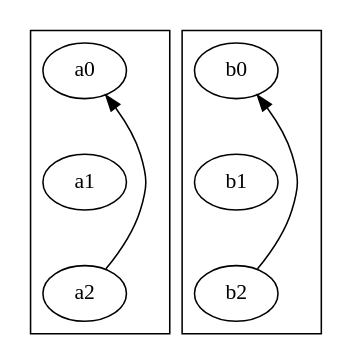
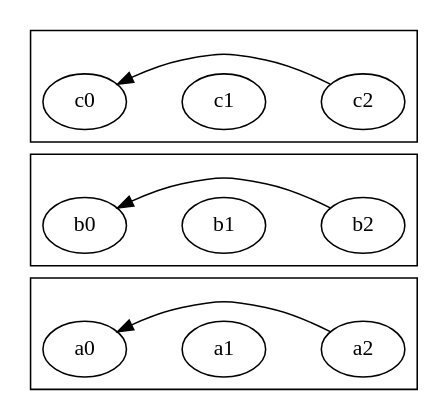
The seventh of 7 diagrams in other/graphviz.md (sisyphus1212/note), drawn with Graphviz before and after one commit.

Commit message:
auto_update

````diff
--- a/other/graphviz.md
+++ b/other/graphviz.md
@@ -98,14 +98,19 @@
 ```graphviz
 digraph {
     newrank=true;
+    rankdir="LR";
     subgraph clusterA {
         a0 -> a1 -> a2 [style = invis] // set node order in cluster
         a2 -> a0 [constraint=false] //don't use this edge for ranking
     }
 
     subgraph clusterB {
         b0 -> b1 -> b2 [style = invis]
         b2 -> b0  [constraint=false]
     }
+    subgraph clusterc {
+        c0 -> c1 -> c2 [style = invis]
+        c2 -> c0  [constraint=false]
+    }
 }
 ```
````
